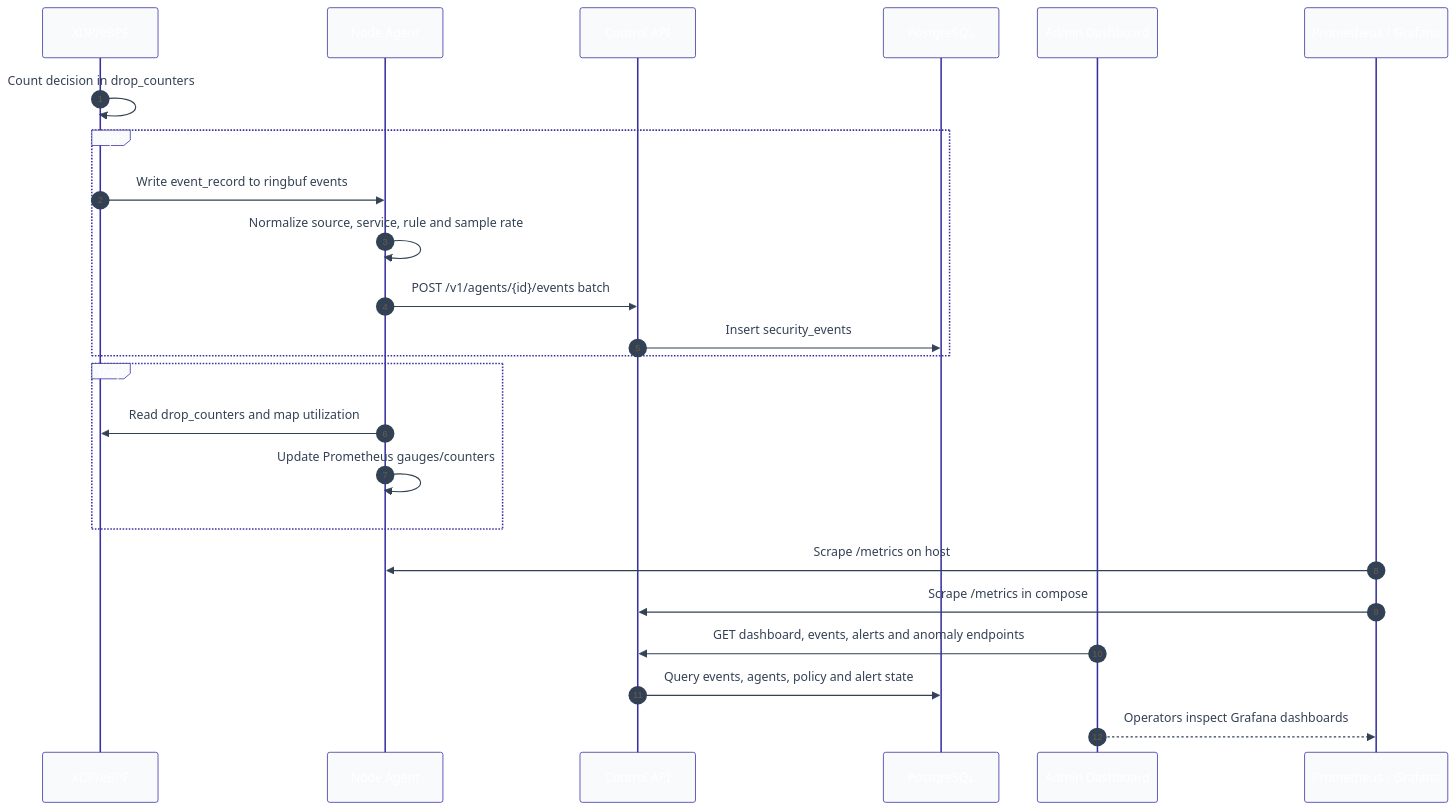
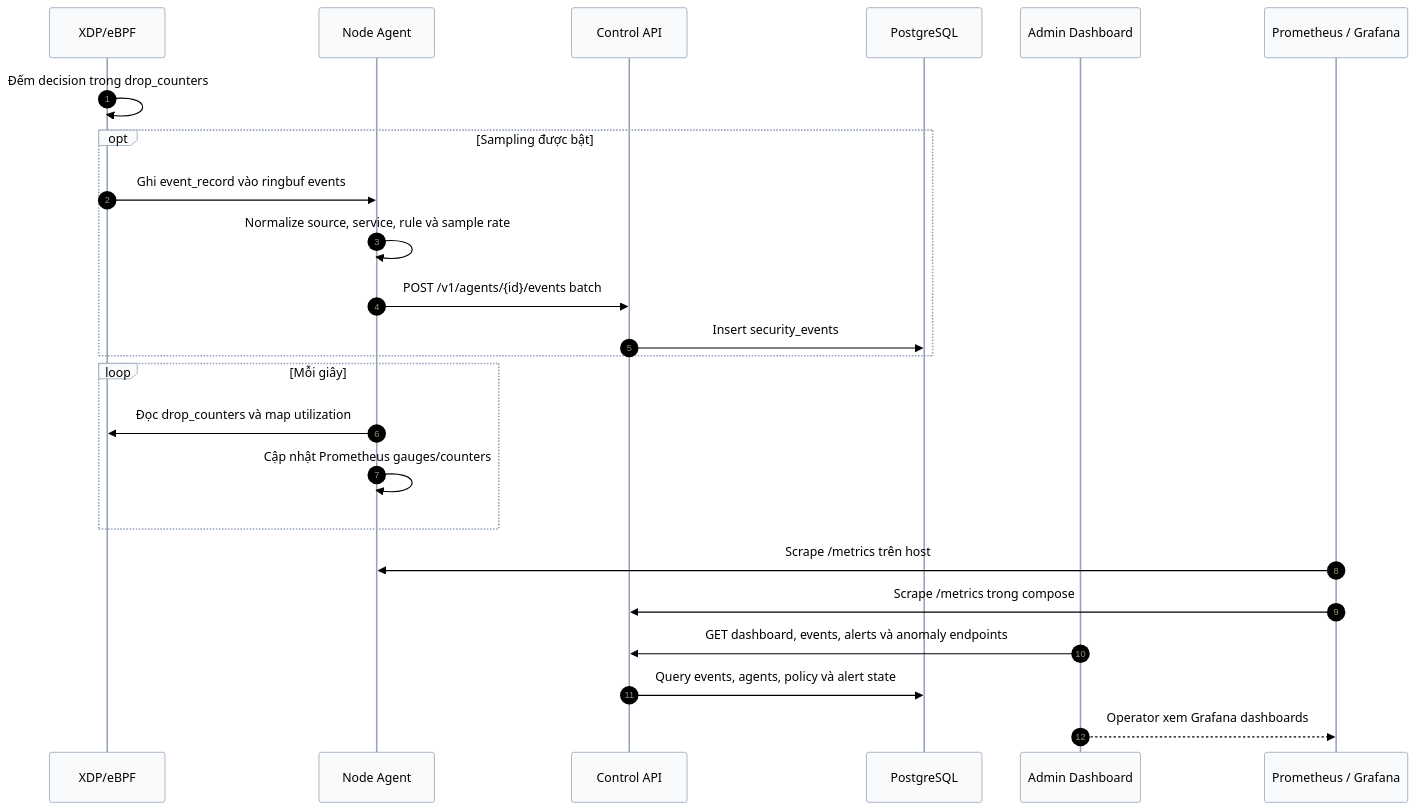
Before and after one commit to ken9xkyo/anti-ddos: the fifth of 7 diagrams in docs/System-Architecture-Design.md, drawn with Mermaid. The commit also changed other lines of this file and 14 other files, not shown here.

````diff
--- a/docs/System-Architecture-Design.md
+++ b/docs/System-Architecture-Design.md
@@ -254,28 +272,28 @@
 ```mermaid
-%%{init: {'theme':'base','themeVariables': {'primaryColor':'#4f46e5','primaryTextColor':'#ffffff','primaryBorderColor':'#3730a3','lineColor':'#94a3b8','secondaryColor':'#10b981','tertiaryColor':'#f59e0b','background':'#ffffff','mainBkg':'#f8fafc','nodeBorder':'#cbd5e1','clusterBkg':'#f1f5f9','clusterBorder':'#e2e8f0','titleColor':'#1e293b','edgeLabelBackground':'#ffffff','textColor':'#334155'}}}%%
+%%{init: {'theme':'base','themeVariables': {'primaryColor':'#f8fafc','primaryTextColor':'#000000','primaryBorderColor':'#94a3b8','lineColor':'#64748b','secondaryColor':'#e0f2fe','tertiaryColor':'#fef3c7','background':'#ffffff','mainBkg':'#ffffff','nodeBorder':'#94a3b8','clusterBkg':'#f8fafc','clusterBorder':'#cbd5e1','titleColor':'#000000','edgeLabelBackground':'#ffffff','textColor':'#000000','actorTextColor':'#000000','actorBkg':'#f8fafc','actorBorder':'#94a3b8','participantTextColor':'#000000','participantBkg':'#f8fafc','participantBorder':'#94a3b8','labelTextColor':'#000000','loopTextColor':'#000000','noteTextColor':'#000000'}}}%%
 sequenceDiagram
     autonumber
     participant XDP as XDP/eBPF
     participant Agent as Node Agent
     participant API as Control API
     participant DB as PostgreSQL
     participant UI as Admin Dashboard
     participant Metrics as Prometheus / Grafana
 
-    XDP->>XDP: Count decision in drop_counters
-    opt Sampling enabled
-        XDP->>Agent: Write event_record to ringbuf events
-        Agent->>Agent: Normalize source, service, rule and sample rate
+    XDP->>XDP: Đếm decision trong drop_counters
+    opt Sampling được bật
+        XDP->>Agent: Ghi event_record vào ringbuf events
+        Agent->>Agent: Normalize source, service, rule và sample rate
         Agent->>API: POST /v1/agents/{id}/events batch
         API->>DB: Insert security_events
     end
-    loop Every second
-        Agent->>XDP: Read drop_counters and map utilization
-        Agent->>Agent: Update Prometheus gauges/counters
+    loop Mỗi giây
+        Agent->>XDP: Đọc drop_counters và map utilization
+        Agent->>Agent: Cập nhật Prometheus gauges/counters
     end
-    Metrics->>Agent: Scrape /metrics on host
-    Metrics->>API: Scrape /metrics in compose
-    UI->>API: GET dashboard, events, alerts and anomaly endpoints
-    API->>DB: Query events, agents, policy and alert state
-    UI-->>Metrics: Operators inspect Grafana dashboards
+    Metrics->>Agent: Scrape /metrics trên host
+    Metrics->>API: Scrape /metrics trong compose
+    UI->>API: GET dashboard, events, alerts và anomaly endpoints
+    API->>DB: Query events, agents, policy và alert state
+    UI-->>Metrics: Operator xem Grafana dashboards
 ```
````
